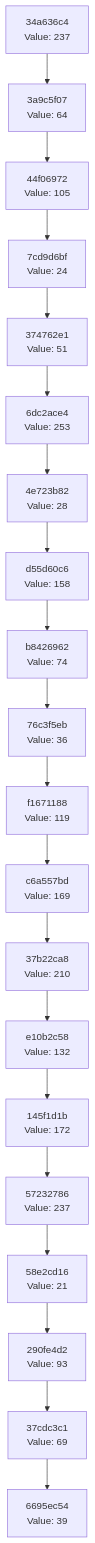
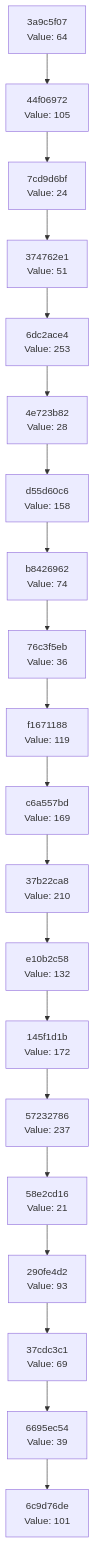
The diagram in docs/CHAIN_VISUALIZATION.md (Abhisheksinha1506/hash-chain-evolver), drawn with Mermaid before and after one commit. The commit also changed 2 other files, not shown here.

Commit message:
Evolution Step

````diff
--- a/docs/CHAIN_VISUALIZATION.md
+++ b/docs/CHAIN_VISUALIZATION.md
@@ -3,42 +3,42 @@
 ```mermaid
 graph TD
-    C0["6695ec54<br/>Value: 39"]
-    C1["37cdc3c1<br/>Value: 69"]
+    C0["6c9d76de<br/>Value: 101"]
+    C1["6695ec54<br/>Value: 39"]
     C1 --> C0
-    C2["290fe4d2<br/>Value: 93"]
+    C2["37cdc3c1<br/>Value: 69"]
     C2 --> C1
-    C3["58e2cd16<br/>Value: 21"]
+    C3["290fe4d2<br/>Value: 93"]
     C3 --> C2
-    C4["57232786<br/>Value: 237"]
+    C4["58e2cd16<br/>Value: 21"]
     C4 --> C3
-    C5["145f1d1b<br/>Value: 172"]
+    C5["57232786<br/>Value: 237"]
     C5 --> C4
-    C6["e10b2c58<br/>Value: 132"]
+    C6["145f1d1b<br/>Value: 172"]
     C6 --> C5
-    C7["37b22ca8<br/>Value: 210"]
+    C7["e10b2c58<br/>Value: 132"]
     C7 --> C6
-    C8["c6a557bd<br/>Value: 169"]
+    C8["37b22ca8<br/>Value: 210"]
     C8 --> C7
-    C9["f1671188<br/>Value: 119"]
+    C9["c6a557bd<br/>Value: 169"]
     C9 --> C8
-    C10["76c3f5eb<br/>Value: 36"]
+    C10["f1671188<br/>Value: 119"]
     C10 --> C9
-    C11["b8426962<br/>Value: 74"]
+    C11["76c3f5eb<br/>Value: 36"]
     C11 --> C10
-    C12["d55d60c6<br/>Value: 158"]
+    C12["b8426962<br/>Value: 74"]
     C12 --> C11
-    C13["4e723b82<br/>Value: 28"]
+    C13["d55d60c6<br/>Value: 158"]
     C13 --> C12
-    C14["6dc2ace4<br/>Value: 253"]
+    C14["4e723b82<br/>Value: 28"]
     C14 --> C13
-    C15["374762e1<br/>Value: 51"]
+    C15["6dc2ace4<br/>Value: 253"]
     C15 --> C14
-    C16["7cd9d6bf<br/>Value: 24"]
+    C16["374762e1<br/>Value: 51"]
     C16 --> C15
-    C17["44f06972<br/>Value: 105"]
+    C17["7cd9d6bf<br/>Value: 24"]
     C17 --> C16
-    C18["3a9c5f07<br/>Value: 64"]
+    C18["44f06972<br/>Value: 105"]
     C18 --> C17
-    C19["34a636c4<br/>Value: 237"]
+    C19["3a9c5f07<br/>Value: 64"]
     C19 --> C18
 ```
````
